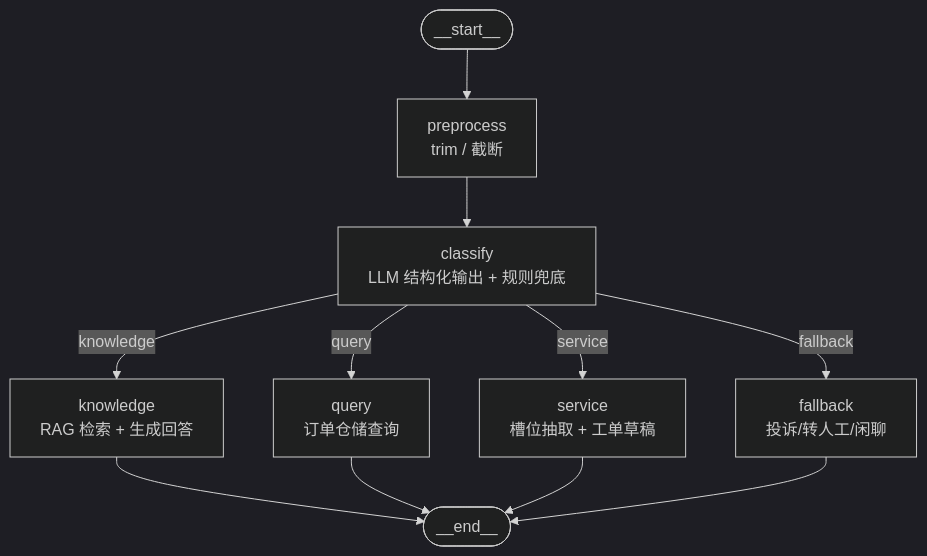
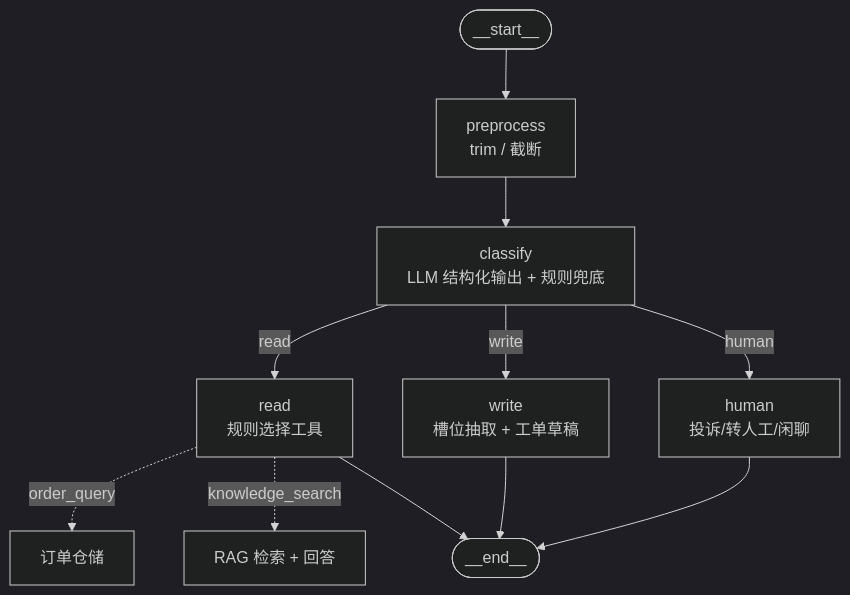
Before and after one commit to II777II/qa-ticket-agent: the diagram in docs/architecture.md, drawn with Mermaid (dark theme). The commit also changed other lines of this file and 22 other files, not shown here.

Commit message:
重构为三路意图与确定性只读工具

````diff
--- a/docs/architecture.md
+++ b/docs/architecture.md
@@ -42,13 +42,13 @@
 ```mermaid
 flowchart TD
     S([__start__]) --> P["preprocess<br/>trim / 截断"]
     P --> C["classify<br/>LLM 结构化输出 + 规则兜底"]
-    C -- knowledge --> K["knowledge<br/>RAG 检索 + 生成回答"]
-    C -- query --> Q["query<br/>订单仓储查询"]
-    C -- service --> V["service<br/>槽位抽取 + 工单草稿"]
-    C -- fallback --> F["fallback<br/>投诉/转人工/闲聊"]
-    K --> E([__end__])
-    Q --> E
-    V --> E
-    F --> E
+    C -- read --> R["read<br/>规则选择工具"]
+    C -- write --> W["write<br/>槽位抽取 + 工单草稿"]
+    C -- human --> H["human<br/>投诉/转人工/闲聊"]
+    R -. order_query .-> O["订单仓储"]
+    R -. knowledge_search .-> K["RAG 检索 + 回答"]
+    R --> E([__end__])
+    W --> E
+    H --> E
 ```
````
